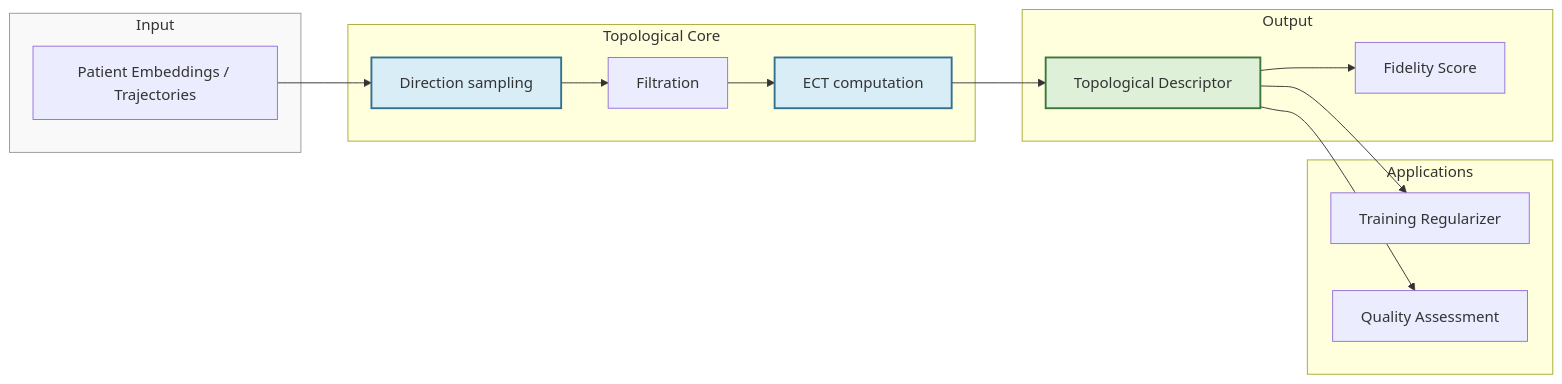
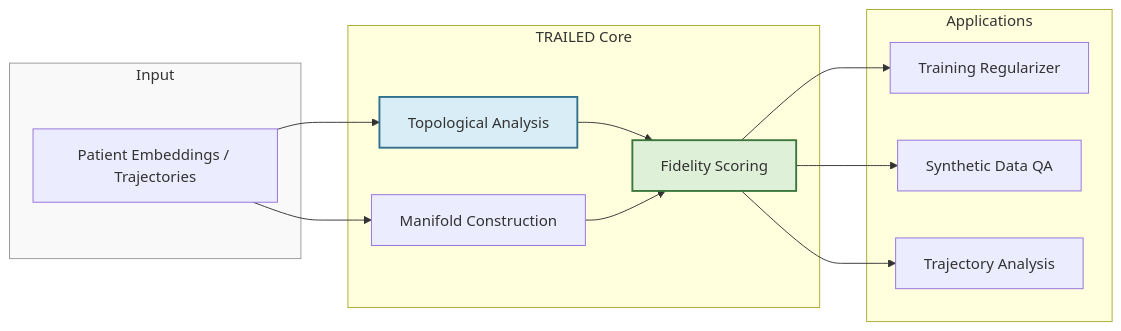
The diagram in docs/source/index.rst (Krv-Labs/trailed), drawn with Mermaid before and after one commit. The commit also changed other lines of this file and 2 other files, not shown here.

```diff
--- a/docs/source/index.rst
+++ b/docs/source/index.rst
@@ -68,35 +70,30 @@
 .. mermaid::
 
    graph LR
       subgraph Input
          A[Patient Embeddings / Trajectories]
       end
 
-      subgraph "Topological Core"
-         B["Direction sampling"]
-         C["Filtration"]
-         D["ECT computation"]
-      end
-
-      subgraph "Output"
-         E["Topological Descriptor"]
-         F["Fidelity Score"]
+      subgraph "TRAILED Core"
+         B["Topological Analysis"]
+         C["Manifold Construction"]
+         D["Fidelity Scoring"]
       end
 
       subgraph "Applications"
-         G["Training Regularizer"]
-         H["Quality Assessment"]
+         E["Training Regularizer"]
+         F["Synthetic Data QA"]
+         G["Trajectory Analysis"]
       end
 
       A --> B
-      B --> C
+      A --> C
+      B --> D
       C --> D
       D --> E
-      E --> F
-      E --> G
-      E --> H
+      D --> F
+      D --> G
 
       style Input fill:#f9f9f9,stroke:#999
       style B fill:#D9EDF7,stroke:#31708F,stroke-width:2px
-      style D fill:#D9EDF7,stroke:#31708F,stroke-width:2px
-      style E fill:#DFF0D8,stroke:#3C763D,stroke-width:2px
+      style D fill:#DFF0D8,stroke:#3C763D,stroke-width:2px
```
